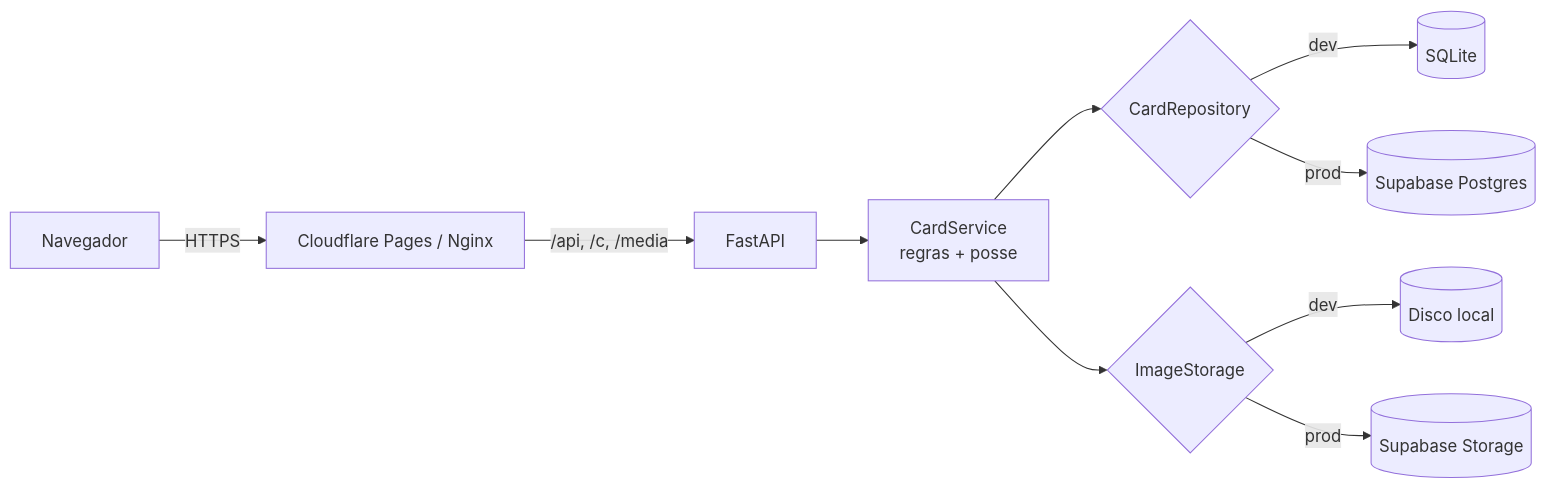
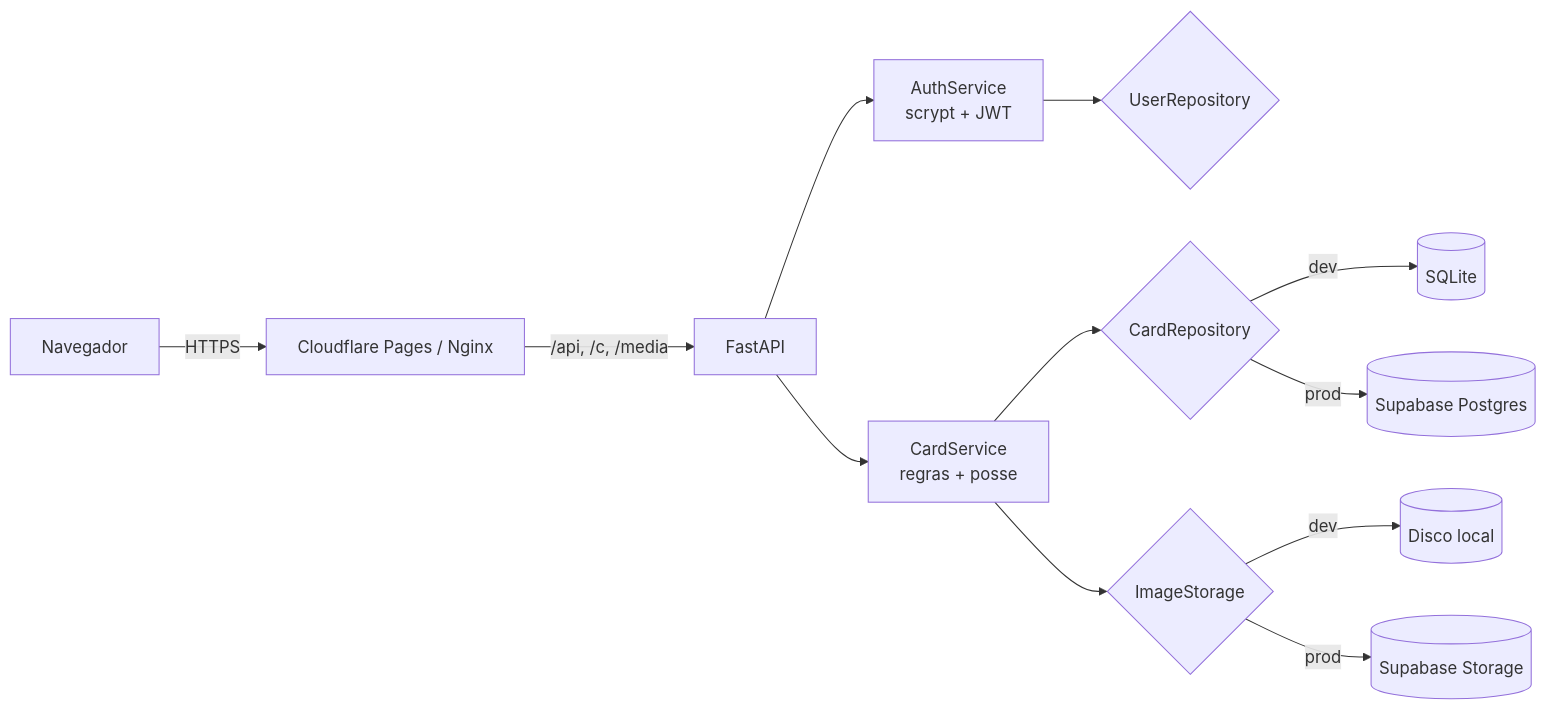
One commit to mateusjairan/YGO_card_maker changed the diagram in README.md. Above: the diagram before and after it, drawn with Mermaid. The commit also changed other lines of this file and 52 other files, not shown here.

````diff
--- a/README.md
+++ b/README.md
@@ -175,12 +200,14 @@
 ```mermaid
 flowchart LR
     U[Navegador] -->|HTTPS| CF[Cloudflare Pages / Nginx]
     CF -->|/api, /c, /media| API[FastAPI]
+    API --> AUTH[AuthService<br/>scrypt + JWT]
+    AUTH --> UREPO{UserRepository}
     API --> SVC[CardService<br/>regras + posse]
     SVC --> REPO{CardRepository}
     REPO -->|dev| SQLITE[(SQLite)]
     REPO -->|prod| PG[(Supabase Postgres)]
     SVC --> ST{ImageStorage}
     ST -->|dev| DISK[(Disco local)]
     ST -->|prod| BUCKET[(Supabase Storage)]
 ```
````
